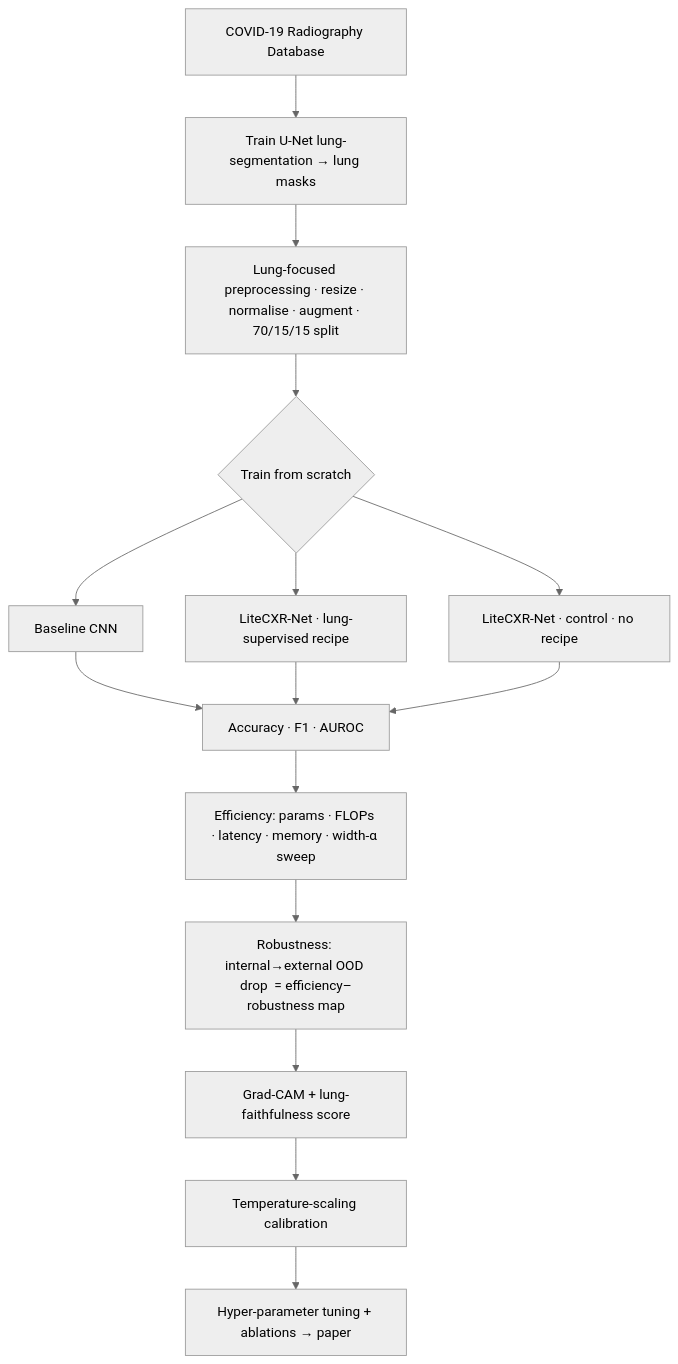
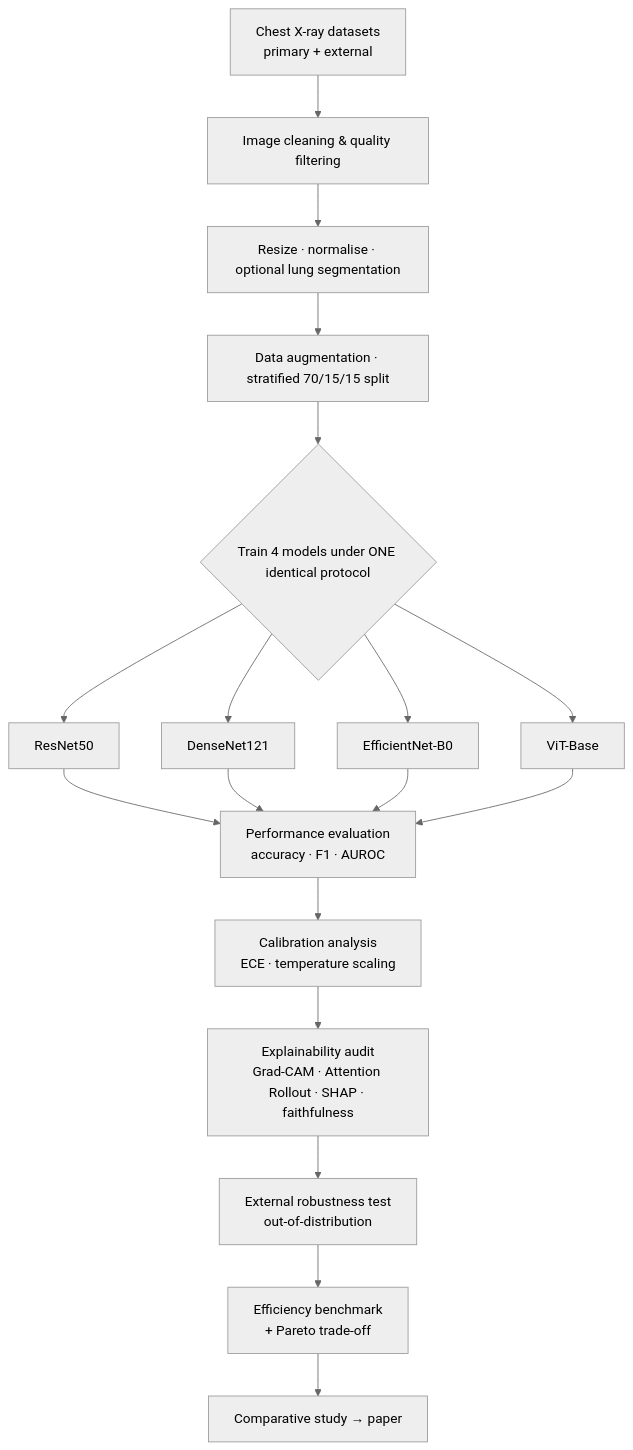
Before and after one commit to Ravindu-Pathirana/Chest-X-ray-Disease-Detection: the diagram in README.md, drawn with Mermaid (neutral theme). The commit also changed other lines of this file and 4 other files, not shown here.

````diff
--- a/README.md
+++ b/README.md
@@ -92,15 +104,17 @@
 ```mermaid
 flowchart TD
-    A[COVID-19 Radiography Database] --> U[Train U-Net lung-segmentation → lung masks]
-    U --> C[Lung-focused preprocessing · resize · normalise · augment · 70/15/15 split]
-    C --> D{Train from scratch}
-    D --> B[Baseline CNN]
-    D --> L[LiteCXR-Net · lung-supervised recipe]
-    D --> K[LiteCXR-Net · control · no recipe]
-    B & L & K --> E[Accuracy · F1 · AUROC]
-    E --> F[Efficiency: params · FLOPs · latency · memory · width-α sweep]
-    F --> G[Robustness: internal→external OOD drop  = efficiency–robustness map]
-    G --> H[Grad-CAM + lung-faithfulness score]
-    H --> I[Temperature-scaling calibration]
-    I --> J[Hyper-parameter tuning + ablations → paper]
+    A[Chest X-ray datasets<br/>primary + external] --> B[Image cleaning & quality filtering]
+    B --> C[Resize · normalise · optional lung segmentation]
+    C --> D[Data augmentation · stratified 70/15/15 split]
+    D --> E{Train 4 models under ONE identical protocol}
+    E --> M1[ResNet50]
+    E --> M2[DenseNet121]
+    E --> M3[EfficientNet-B0]
+    E --> M4[ViT-Base]
+    M1 & M2 & M3 & M4 --> F[Performance evaluation<br/>accuracy · F1 · AUROC]
+    F --> G[Calibration analysis<br/>ECE · temperature scaling]
+    G --> H[Explainability audit<br/>Grad-CAM · Attention Rollout · SHAP · faithfulness]
+    H --> I[External robustness test<br/>out-of-distribution]
+    I --> J[Efficiency benchmark<br/>+ Pareto trade-off]
+    J --> K[Comparative study → paper]
 ```
````
